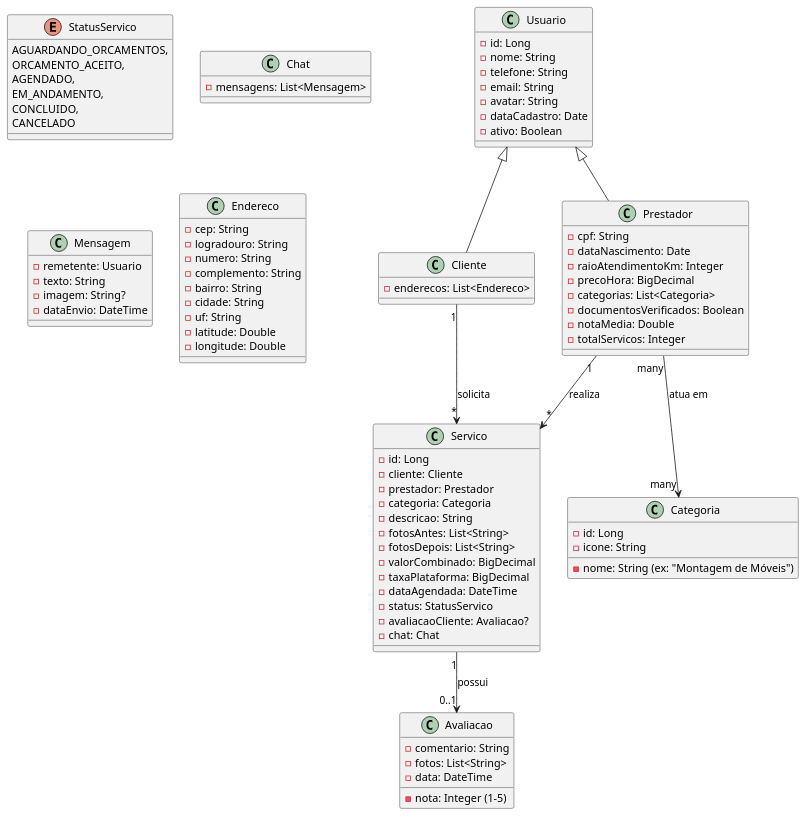
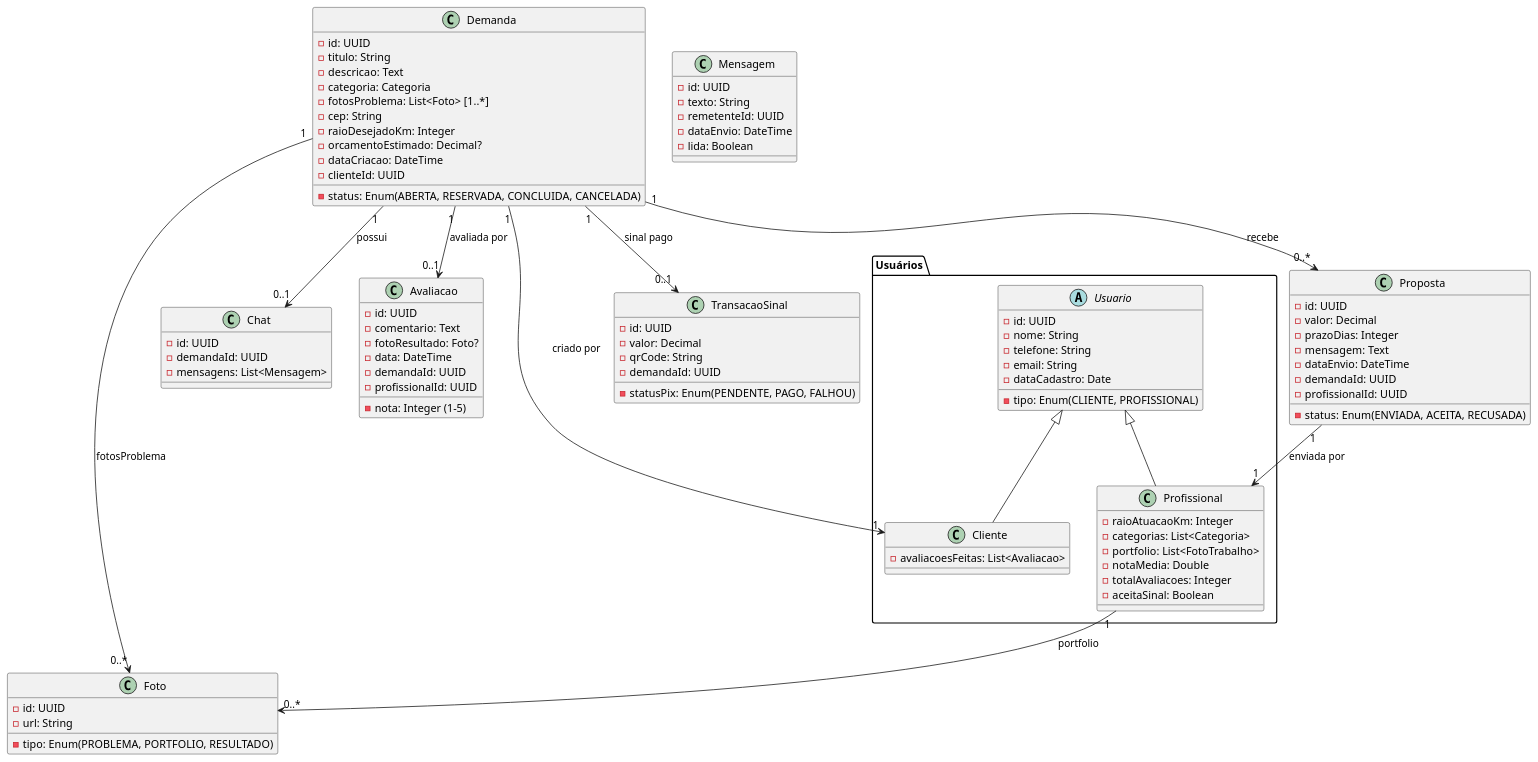
Before and after one commit to amnesiaoliveira/development.web: the diagram in DIAGRAMAS/Classes/classes.md, drawn with PlantUML. The commit also changed 15 other files, not shown here.

Commit message:
correções nos diagramas

```diff
--- a/DIAGRAMAS/Classes/classes.md
+++ b/DIAGRAMAS/Classes/classes.md
@@ -1,92 +1,100 @@
 @startuml
-class Usuario {
-  - id: Long
-  - nome: String
-  - telefone: String
-  - email: String
-  - avatar: String
-  - dataCadastro: Date
-  - ativo: Boolean
+package "Usuários" {
+  abstract class Usuario {
+    -id: UUID
+    -nome: String
+    -telefone: String
+    -email: String
+    -tipo: Enum(CLIENTE, PROFISSIONAL)
+    -dataCadastro: Date
+  }
+
+  class Cliente {
+    -avaliacoesFeitas: List<Avaliacao>
+  }
+
+  class Profissional {
+    -raioAtuacaoKm: Integer
+    -categorias: List<Categoria>
+    -portfolio: List<FotoTrabalho>
+    -notaMedia: Double
+    -totalAvaliacoes: Integer
+    -aceitaSinal: Boolean
+  }
+
+  Usuario <|-- Cliente
+  Usuario <|-- Profissional
 }
 
-class Cliente extends Usuario {
-  - enderecos: List<Endereco>
+class Demanda {
+  -id: UUID
+  -titulo: String
+  -descricao: Text
+  -categoria: Categoria
+  -fotosProblema: List<Foto> [1..*]
+  -cep: String
+  -raioDesejadoKm: Integer
+  -orcamentoEstimado: Decimal?
+  -status: Enum(ABERTA, RESERVADA, CONCLUIDA, CANCELADA)
+  -dataCriacao: DateTime
+  -clienteId: UUID
 }
 
-class Prestador extends Usuario {
-  - cpf: String
-  - dataNascimento: Date
-  - raioAtendimentoKm: Integer
-  - precoHora: BigDecimal
-  - categorias: List<Categoria>
-  - documentosVerificados: Boolean
-  - notaMedia: Double
-  - totalServicos: Integer
+class Proposta {
+  -id: UUID
+  -valor: Decimal
+  -prazoDias: Integer
+  -mensagem: Text
+  -status: Enum(ENVIADA, ACEITA, RECUSADA)
+  -dataEnvio: DateTime
+  -demandaId: UUID
+  -profissionalId: UUID
 }
 
-class Categoria {
-  - id: Long
-  - nome: String (ex: "Montagem de Móveis")
-  - icone: String
+class Chat {
+  -id: UUID
+  -demandaId: UUID
+  -mensagens: List<Mensagem>
 }
 
-class Servico {
-  - id: Long
-  - cliente: Cliente
-  - prestador: Prestador
-  - categoria: Categoria
-  - descricao: String
-  - fotosAntes: List<String>
-  - fotosDepois: List<String>
-  - valorCombinado: BigDecimal
-  - taxaPlataforma: BigDecimal
-  - dataAgendada: DateTime
-  - status: StatusServico
-  - avaliacaoCliente: Avaliacao?
-  - chat: Chat
-}
-
-enum StatusServico {
-  AGUARDANDO_ORCAMENTOS,
-  ORCAMENTO_ACEITO,
-  AGENDADO,
-  EM_ANDAMENTO,
-  CONCLUIDO,
-  CANCELADO
+class Mensagem {
+  -id: UUID
+  -texto: String
+  -remetenteId: UUID
+  -dataEnvio: DateTime
+  -lida: Boolean
 }
 
 class Avaliacao {
-  - nota: Integer (1-5)
-  - comentario: String
-  - fotos: List<String>
-  - data: DateTime
+  -id: UUID
+  -nota: Integer (1-5)
+  -comentario: Text
+  -fotoResultado: Foto?
+  -data: DateTime
+  -demandaId: UUID
+  -profissionalId: UUID
 }
 
-class Chat {
-  - mensagens: List<Mensagem>
+class Foto {
+  -id: UUID
+  -url: String
+  -tipo: Enum(PROBLEMA, PORTFOLIO, RESULTADO)
 }
 
-class Mensagem {
-  - remetente: Usuario
-  - texto: String
-  - imagem: String?
-  - dataEnvio: DateTime
+class TransacaoSinal {
+  -id: UUID
+  -valor: Decimal
+  -statusPix: Enum(PENDENTE, PAGO, FALHOU)
+  -qrCode: String
+  -demandaId: UUID
 }
 
-class Endereco {
-  - cep: String
-  - logradouro: String
-  - numero: String
-  - complemento: String
-  - bairro: String
-  - cidade: String
-  - uf: String
-  - latitude: Double
-  - longitude: Double
-}
-
-Cliente "1" --> "*" Servico : solicita
-Prestador "1" --> "*" Servico : realiza
-Servico "1" --> "0..1" Avaliacao : possui
-Prestador "many" --> "many" Categoria : atua em
+Demanda "1" --> "1" Cliente : criado por
+Demanda "1" --> "0..*" Proposta : recebe
+Proposta "1" --> "1" Profissional : enviada por
+Demanda "1" --> "0..*" Foto : fotosProblema
+Profissional "1" --> "0..*" Foto : portfolio
+Demanda "1" --> "0..1" Avaliacao : avaliada por
+Demanda "1" --> "0..1" TransacaoSinal : sinal pago
+Demanda "1" --> "0..1" Chat : possui
 @enduml
```
